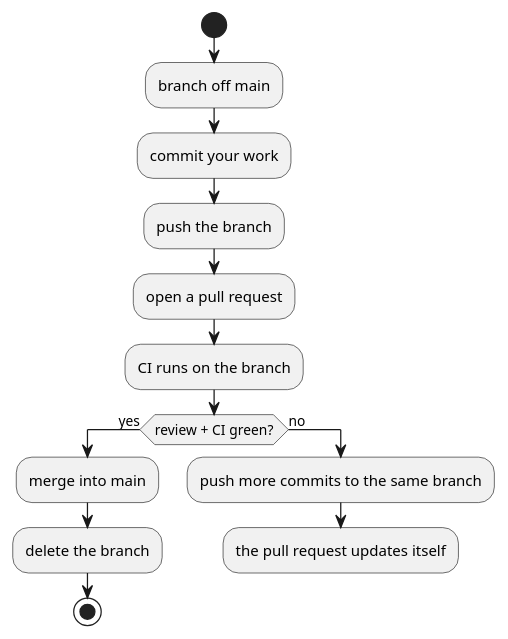
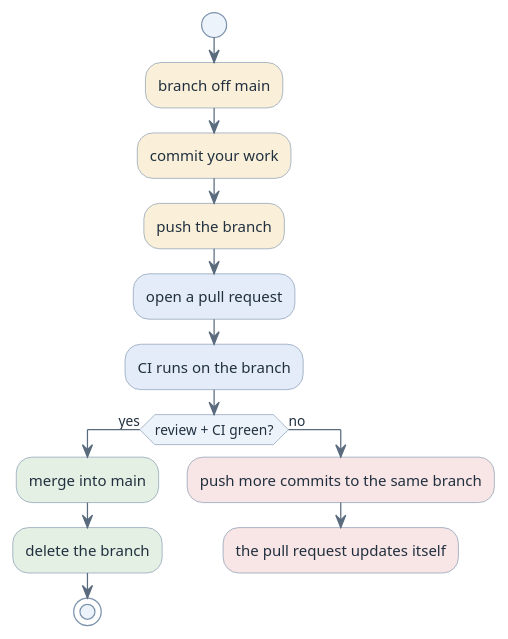
The first of 2 diagrams in modules/git-pull-requests/index.adoc (htl-leonding-college/curriculum-syp3), drawn with PlantUML before and after one commit. The commit also changed other lines of this file and 65 other files, not shown here.

First line of the commit message:
feat(site): give the diagrams a semantic pastel palette

```diff
--- a/modules/git-pull-requests/index.adoc
+++ b/modules/git-pull-requests/index.adoc
@@ -30,22 +30,31 @@
 [plantuml,pr-flow,svg]
 ----
 @startuml
-skinparam monochrome true
+<style>
+element { BackgroundColor #EDF3FA; LineColor #7C93AD; FontColor #21303F }
+arrow { LineColor #5A6B7D; FontColor #21303F }
+.key { BackgroundColor #E3ECF8 }
+.work { BackgroundColor #FAF0D9 }
+.ok { BackgroundColor #E4F0E4 }
+.bad { BackgroundColor #F8E5E5 }
+.aside { BackgroundColor #ECE6F7 }
+.muted { BackgroundColor #F0F2F5 }
+</style>
 skinparam shadowing false
 start
-:branch off main;
-:commit your work;
-:push the branch;
-:open a pull request;
-:CI runs on the branch;
+:branch off main; <<work>>
+:commit your work; <<work>>
+:push the branch; <<work>>
+:open a pull request; <<key>>
+:CI runs on the branch; <<key>>
 if (review + CI green?) then (yes)
-  :merge into main;
-  :delete the branch;
+  :merge into main; <<ok>>
+  :delete the branch; <<ok>>
   stop
 else (no)
-  :push more commits to the same branch;
-  :the pull request updates itself;
+  :push more commits to the same branch; <<bad>>
+  :the pull request updates itself; <<bad>>
   detach
 endif
 @enduml
 ----
```
